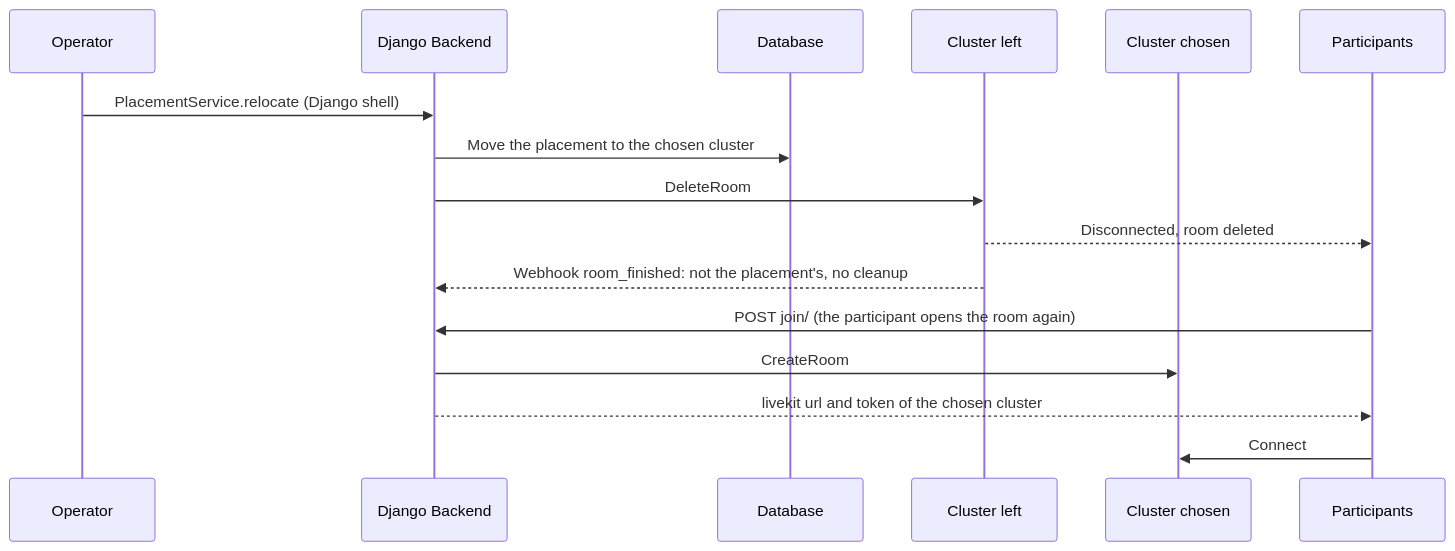
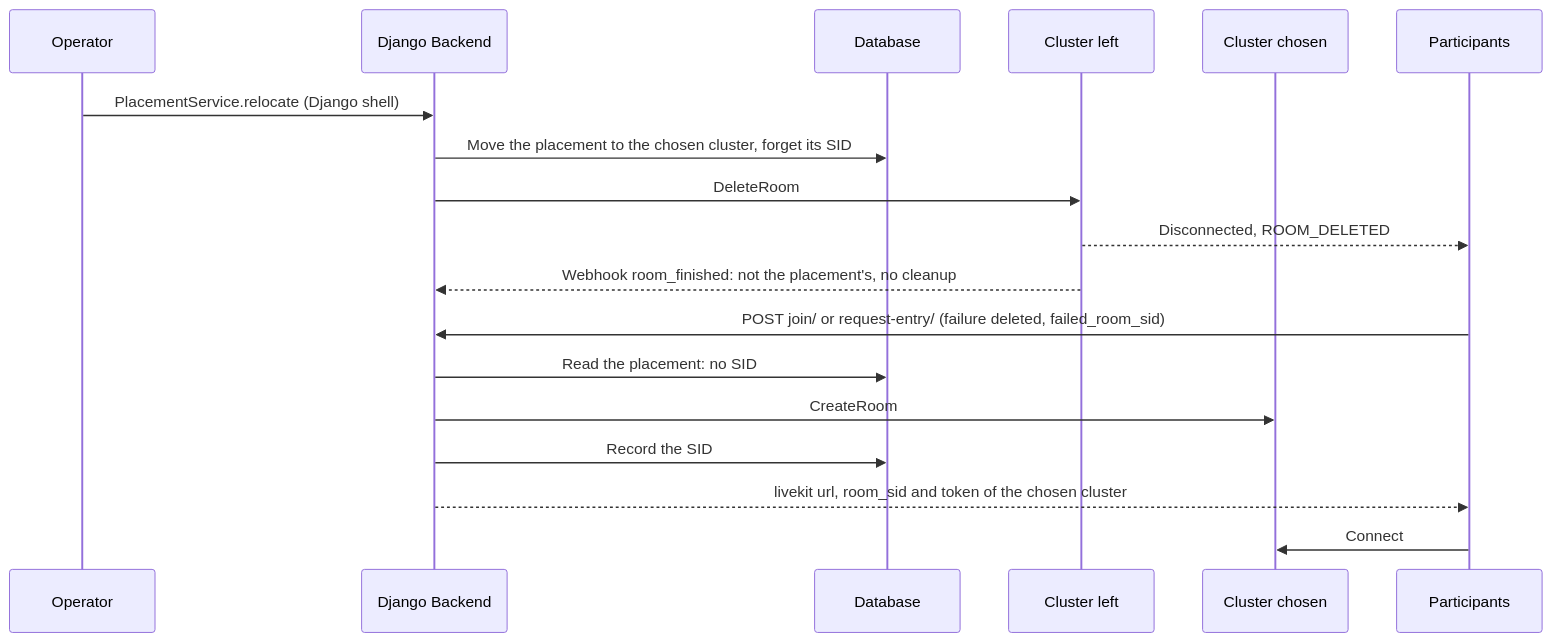
Before and after one commit to jangatipraveen1999/meet: the second of 2 diagrams in docs/features/multi-cluster.md, drawn with Mermaid. The commit also changed other lines of this file and 7 other files, not shown here.

````diff
--- a/docs/features/multi-cluster.md
+++ b/docs/features/multi-cluster.md
@@ -124,19 +200,21 @@
 ```mermaid
 sequenceDiagram
     participant Operator
     participant Backend as Django Backend
     participant Database
     participant Source as Cluster left
     participant Target as Cluster chosen
     participant Frontend as Participants
 
     Operator->>Backend: PlacementService.relocate (Django shell)
-    Backend->>Database: Move the placement to the chosen cluster
+    Backend->>Database: Move the placement to the chosen cluster, forget its SID
     Backend->>Source: DeleteRoom
-    Source-->>Frontend: Disconnected, room deleted
+    Source-->>Frontend: Disconnected, ROOM_DELETED
     Source-->>Backend: Webhook room_finished: not the placement's, no cleanup
-    Frontend->>Backend: POST join/ (the participant opens the room again)
+    Frontend->>Backend: POST join/ or request-entry/ (failure deleted, failed_room_sid)
+    Backend->>Database: Read the placement: no SID
     Backend->>Target: CreateRoom
-    Backend-->>Frontend: livekit url and token of the chosen cluster
+    Backend->>Database: Record the SID
+    Backend-->>Frontend: livekit url, room_sid and token of the chosen cluster
     Frontend->>Target: Connect
 ```
````
